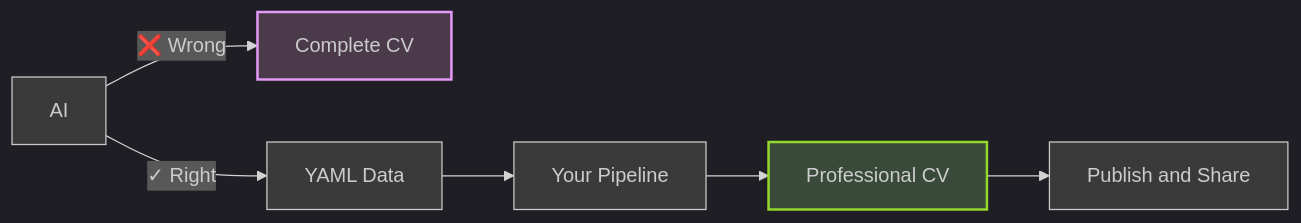
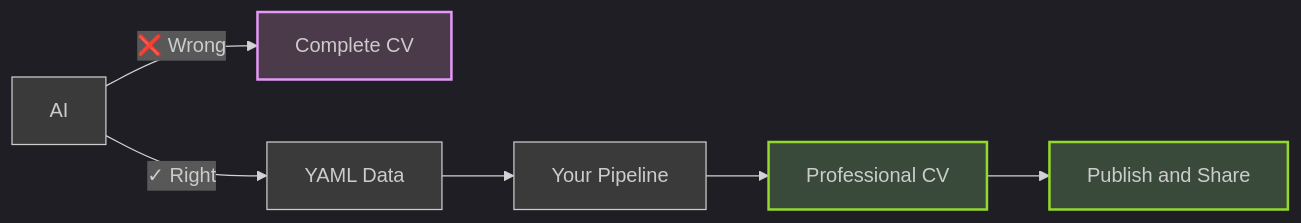
The first of 2 diagrams in README.md (acudworth3/atc-hosted-resumes), drawn with Mermaid before and after one commit. The commit also changed other lines of this file and 1 other file, not shown here.

````diff
--- a/README.md
+++ b/README.md
@@ -17,12 +11,13 @@
 ```mermaid
 %%{init: {"theme": "dark", "themeVariables": {"darkMode": true, "background": "#2b2b2b", "mainBkg": "#3a3a3a", "secondBkg": "#4a4a4a"}}}%%
 graph LR
     A[AI] -->|❌ Wrong| B[Complete CV]
     A -->|✓ Right| C[YAML Data]
     C --> D[Your Pipeline]
     D --> E[Professional CV]
     E --> F[Publish and Share]
 
     style B fill:#4a3a4a,stroke:#e599f7,stroke-width:2px
     style E fill:#3a4a3a,stroke:#94d82d,stroke-width:2px
+    style F fill:#3a4a3a,stroke:#94d82d,stroke-width:2px
 ```
````
